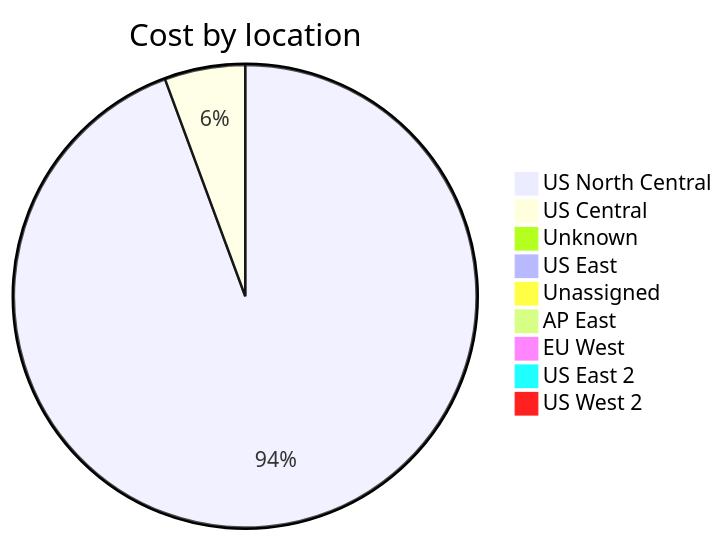
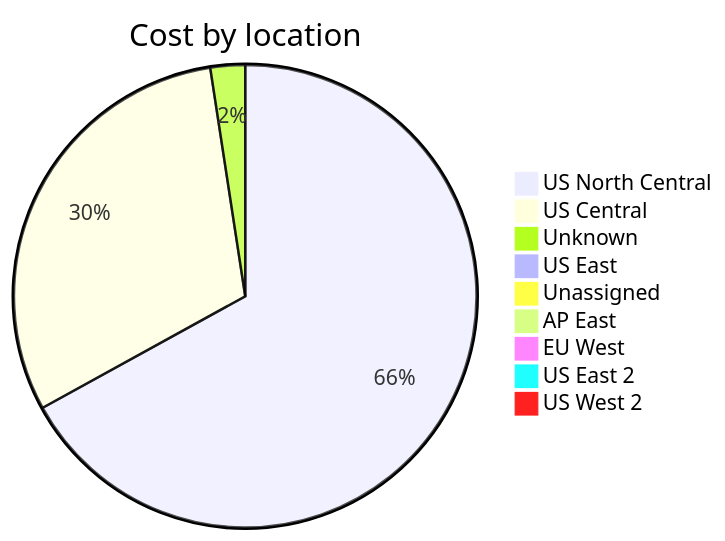
One commit to jpfulton/azure-personal-reports changed the third of 4 diagrams in cost-reports/accumulated-cost.md. Above: the diagram before and after it, drawn with Mermaid. The commit also changed other lines of this file and 4 other files, not shown here.

````diff
--- a/cost-reports/accumulated-cost.md
+++ b/cost-reports/accumulated-cost.md
@@ -131,13 +131,13 @@
 ```mermaid
 pie
    title Cost by location
-   "US North Central" : 109.02
-   "US Central" : 6.51
-   "Unknown" : 0.53
-   "US East" : 0.11
+   "US North Central" : 15.77
+   "US Central" : 7.20
+   "Unknown" : 0.57
+   "US East" : 0.12
    "Unassigned" : 0.10
    "AP East" : 0.00
    "EU West" : 0.00
    "US East 2" : 0.00
    "US West 2" : 0.00
 ```
````
